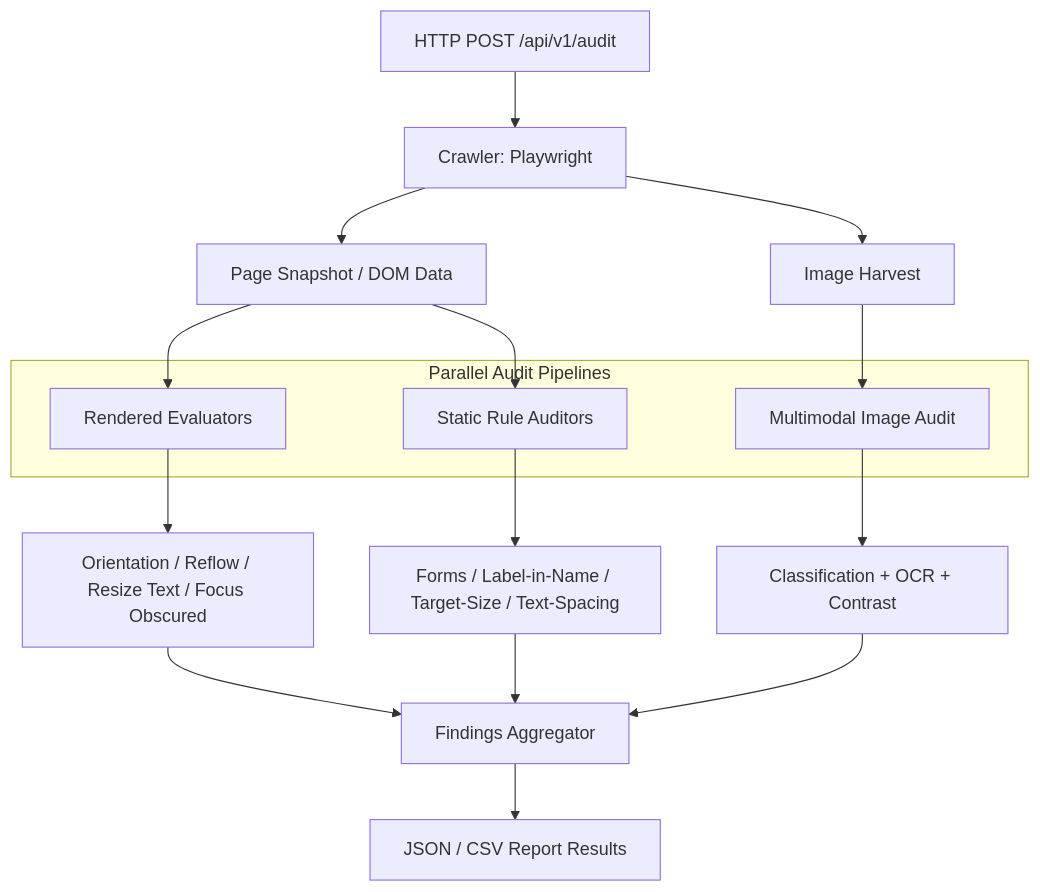
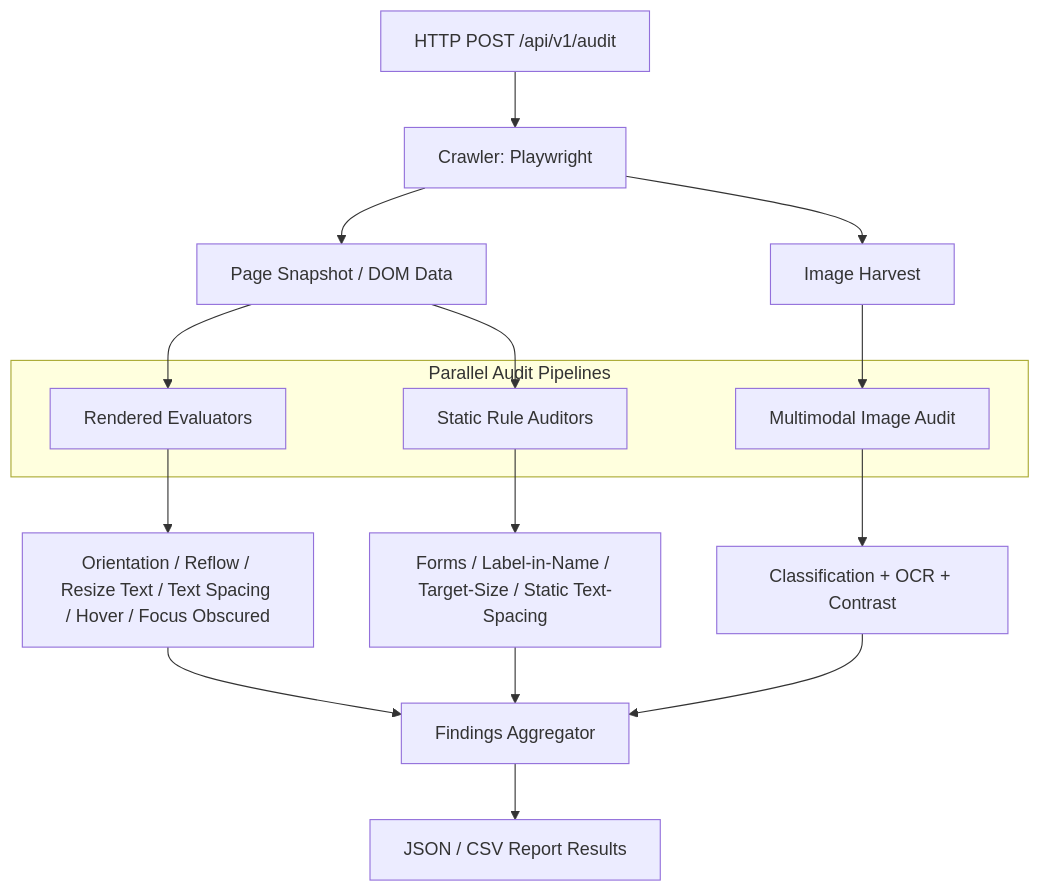
The first of 20 diagrams in ka11y-python/python_rules_flow_analysis.md (Sanjaypranavbc/ka11y), drawn with Mermaid before and after one commit. The commit also changed other lines of this file and 1 other file, not shown here.

````diff
--- a/ka11y-python/python_rules_flow_analysis.md
+++ b/ka11y-python/python_rules_flow_analysis.md
@@ -11,23 +11,23 @@
 ```mermaid
-graph TD
+flowchart TD
     A[HTTP POST /api/v1/audit] --> B["Crawler: Playwright"]
     B --> C["Page Snapshot / DOM Data"]
     B --> D["Image Harvest"]
     
     subgraph "Parallel Audit Pipelines"
         E["Rendered Evaluators"]
         F["Static Rule Auditors"]
         G["Multimodal Image Audit"]
     end
     
     C --> E
     C --> F
     D --> G
     
-    E --> H["Orientation / Reflow / Resize Text / Focus Obscured"]
-    F --> I["Forms / Label-in-Name / Target-Size / Text-Spacing"]
+    E --> H["Orientation / Reflow / Resize Text / Text Spacing / Hover / Focus Obscured"]
+    F --> I["Forms / Label-in-Name / Target-Size / Static Text-Spacing"]
     G --> J["Classification + OCR + Contrast"]
     
     H & I & J --> K["Findings Aggregator"]
     K --> L["JSON / CSV Report Results"]
 ```
````
